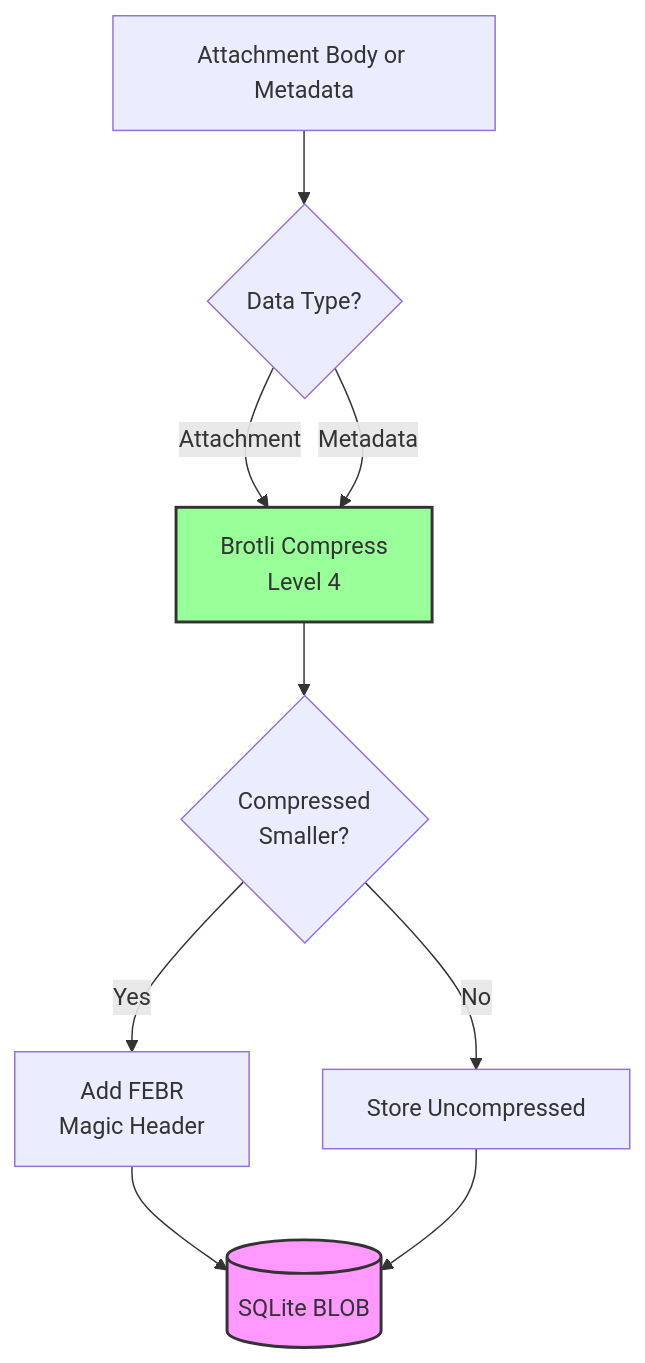
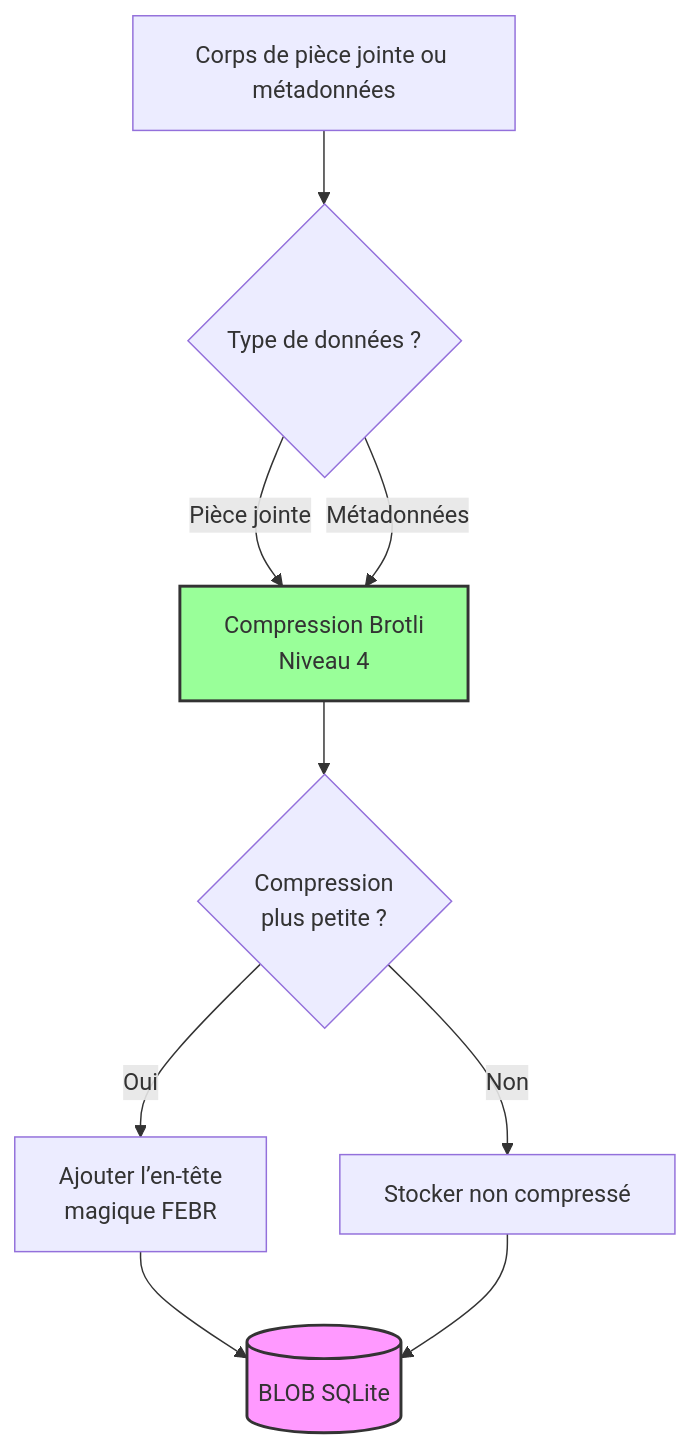
Before and after one commit to forwardemail/forwardemail.net: diagram 13 of 16 in app/views/docs/email-protocols-rfc-compliance-imap-smtp-pop3-comparison/index-fr.md, drawn with Mermaid. The commit also changed other lines of this file and 1055 other files, not shown here.

````diff
--- a/app/views/docs/email-protocols-rfc-compliance-imap-smtp-pop3-comparison/index-fr.md
+++ b/app/views/docs/email-protocols-rfc-compliance-imap-smtp-pop3-comparison/index-fr.md
@@ -1530,21 +1524,21 @@
 ```mermaid
 flowchart TB
-    Input[Attachment Body or Metadata]
-    CheckType{Data Type?}
-    Compress[Brotli Compress<br/>Level 4]
-    CheckSize{Compressed<br/>Smaller?}
-    AddHeader[Add FEBR<br/>Magic Header]
-    Store[(SQLite BLOB)]
+    Input[Corps de pièce jointe ou métadonnées]
+    CheckType{Type de données ?}
+    Compress[Compression Brotli<br/>Niveau 4]
+    CheckSize{Compression<br/>plus petite ?}
+    AddHeader[Ajouter l’en-tête<br/>magique FEBR]
+    Store[(BLOB SQLite)]
 
     Input --> CheckType
-    CheckType -->|Attachment| Compress
-    CheckType -->|Metadata| Compress
+    CheckType -->|Pièce jointe| Compress
+    CheckType -->|Métadonnées| Compress
     Compress --> CheckSize
-    CheckSize -->|Yes| AddHeader
-    CheckSize -->|No| StoreRaw[Store Uncompressed]
+    CheckSize -->|Oui| AddHeader
+    CheckSize -->|Non| StoreRaw[Stocker non compressé]
     AddHeader --> Store
     StoreRaw --> Store
 
     style Compress fill:#9f9,stroke:#333,stroke-width:2px
     style Store fill:#f9f,stroke:#333,stroke-width:2px
 ```
````
